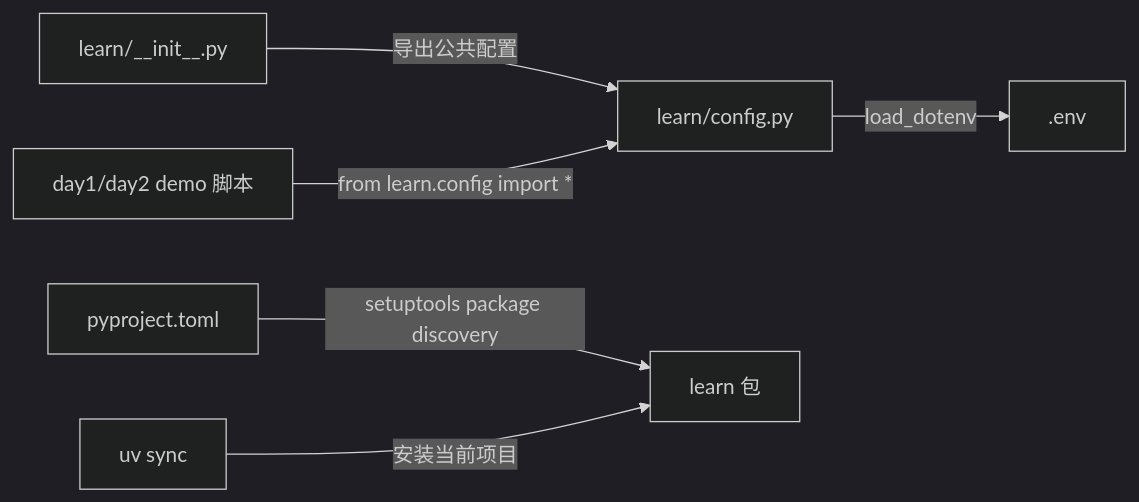
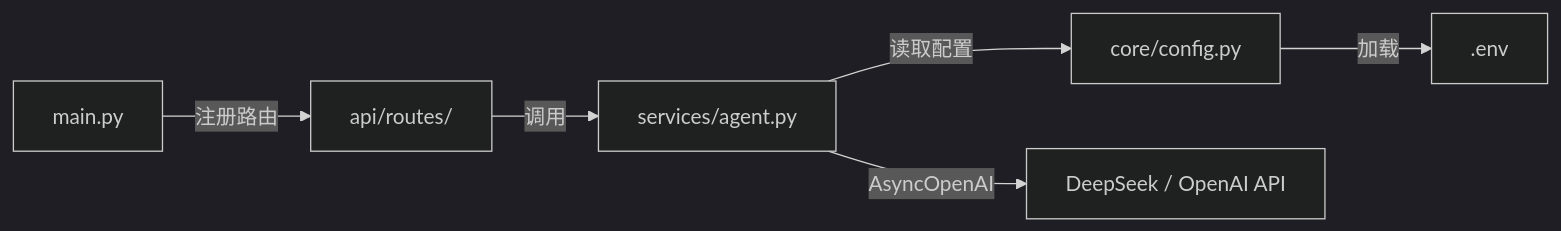
The second of 2 diagrams in README.md (TomorrowLM/lm-agent), drawn with Mermaid (dark theme) before and after one commit. The commit also changed other lines of this file, not shown here.

````diff
--- a/README.md
+++ b/README.md
@@ -35,8 +33,8 @@
 ```mermaid
 graph LR
-    A[learn/config.py] -->|load_dotenv| B[.env]
-    C[learn/__init__.py] -->|导出公共配置| A
-    D[day1/day2 demo 脚本] -->|from learn.config import *| A
-    E[pyproject.toml] -->|setuptools package discovery| F[learn 包]
-    G[uv sync] -->|安装当前项目| F
+    A[main.py] -->|注册路由| B[api/routes/]
+    B -->|调用| C[services/agent.py]
+    C -->|读取配置| D[core/config.py]
+    D -->|加载| E[.env]
+    C -->|AsyncOpenAI| F[DeepSeek / OpenAI API]
 ```
````
